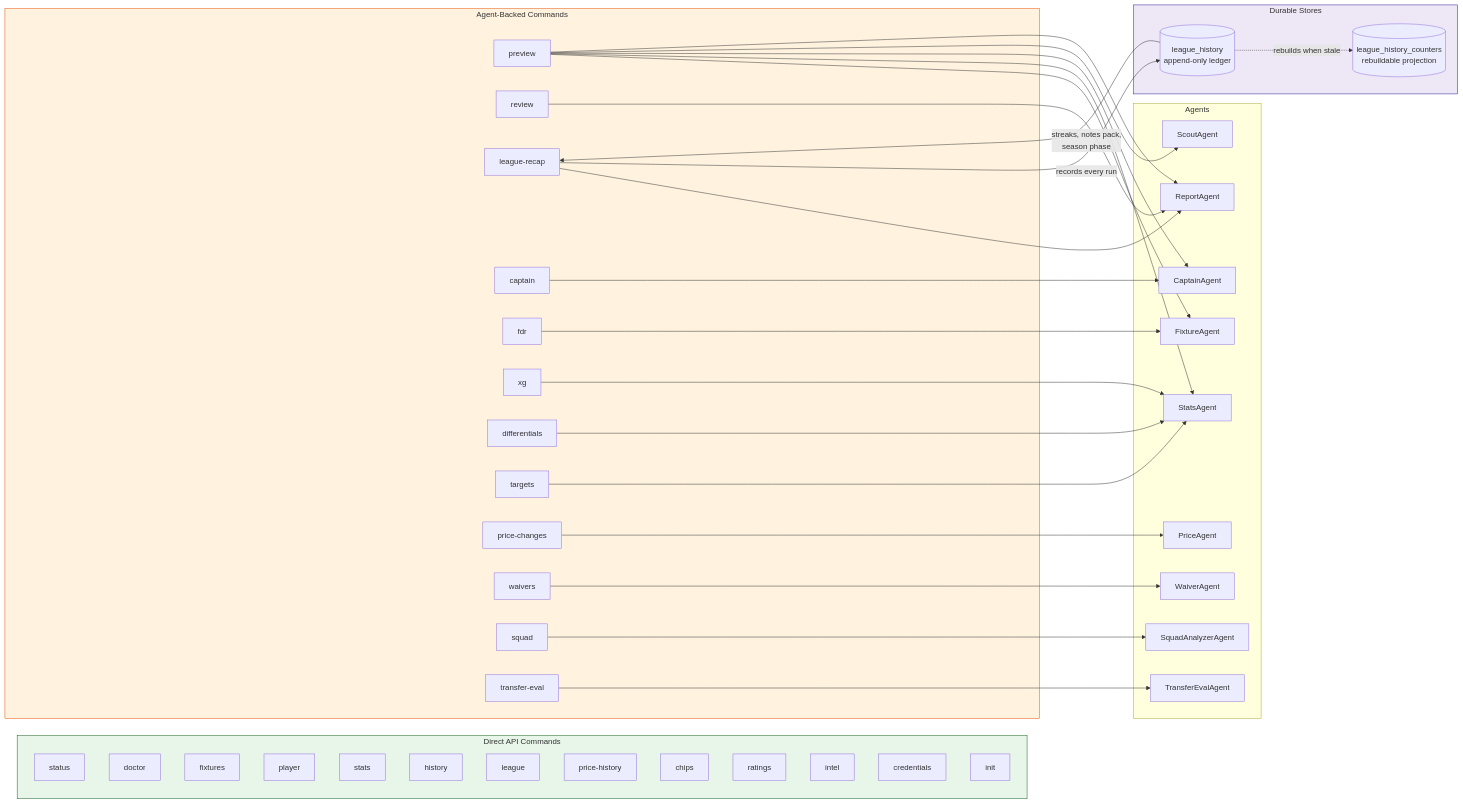
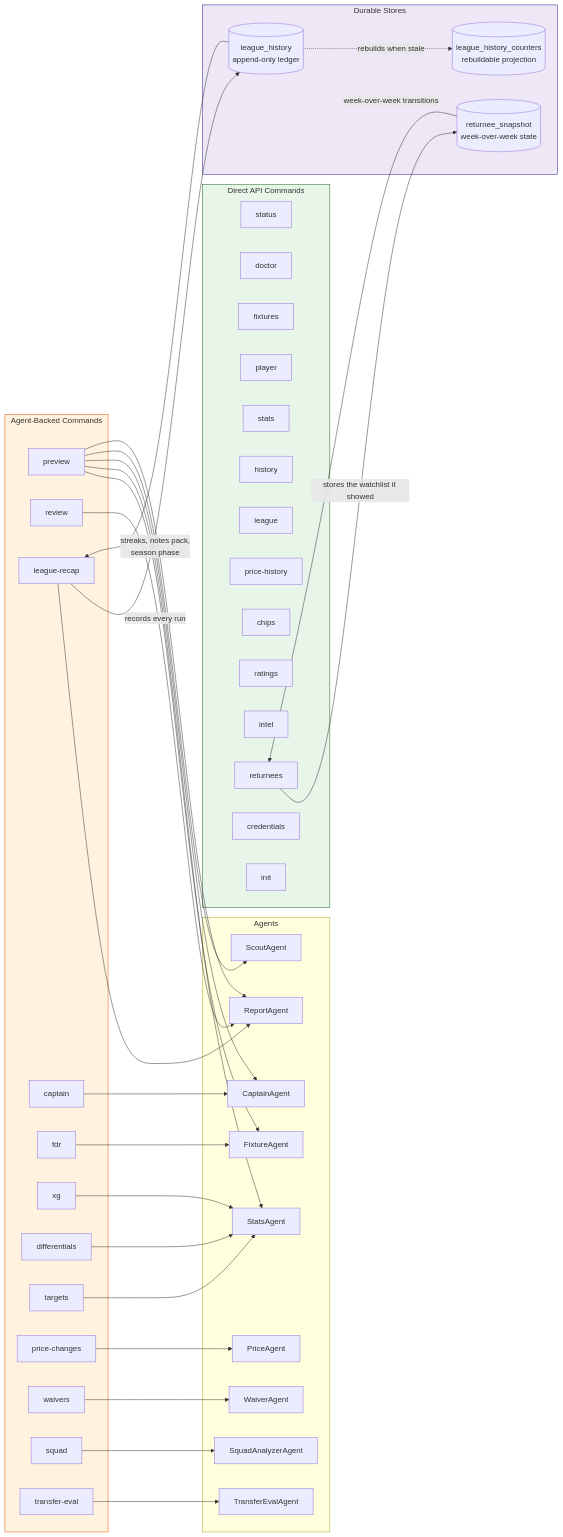
Before and after one commit to rossgroomio/fpl-cli: the fourth of 7 diagrams in docs/architecture.md, drawn with Mermaid. The commit also changed other lines of this file and 27 other files, not shown here.

````diff
--- a/docs/architecture.md
+++ b/docs/architecture.md
@@ -274,70 +274,74 @@
 ```mermaid
 flowchart LR
     subgraph Direct["Direct API Commands"]
         status["status"]
         doctor["doctor"]
         fixtures["fixtures"]
         player["player"]
         stats["stats"]
         history["history"]
         league["league"]
         price_hist["price-history"]
         chips["chips"]
         ratings["ratings"]
         intel["intel"]
+        returnees["returnees"]
         credentials["credentials"]
         init["init"]
     end
 
     subgraph ViaAgent["Agent-Backed Commands"]
         preview["preview"]
         review["review"]
         recap["league-recap"]
         cap["captain"]
         fdr["fdr"]
         xg["xg"]
         diff["differentials"]
         tgt["targets"]
         pr["price-changes"]
         waivers["waivers"]
         squad["squad"]
         transfer_eval["transfer-eval"]
     end
 
     subgraph Agents["Agents"]
         FA[FixtureAgent]
         PA[PriceAgent]
         SA[StatsAgent]
         SCA[ScoutAgent]
         CA[CaptainAgent]
         SQA[SquadAnalyzerAgent]
         WA[WaiverAgent]
         RA[ReportAgent]
         TEA[TransferEvalAgent]
     end
 
     subgraph Stores["Durable Stores"]
         LH[("league_history<br/>append-only ledger")]
         LHC[("league_history_counters<br/>rebuildable projection")]
+        RS[("returnee_snapshot<br/>week-over-week state")]
     end
 
     preview --> FA & SA & CA & SCA & RA
     review --> RA
     recap --> RA
     recap -->|"records every run"| LH
     LH -->|"streaks, notes pack,<br/>season phase"| recap
     LH -.->|"rebuilds when stale"| LHC
+    returnees -->|"stores the watchlist it showed"| RS
+    RS -->|"week-over-week transitions"| returnees
     cap --> CA
     fdr --> FA
     xg --> SA
     diff --> SA
     tgt --> SA
     pr --> PA
     waivers --> WA
     squad --> SQA
     transfer_eval --> TEA
 
     style Direct fill:#e8f5e9,stroke:#1b5e20
     style ViaAgent fill:#fff3e0,stroke:#e65100
     style Stores fill:#ede7f6,stroke:#311b92
 ```
````
